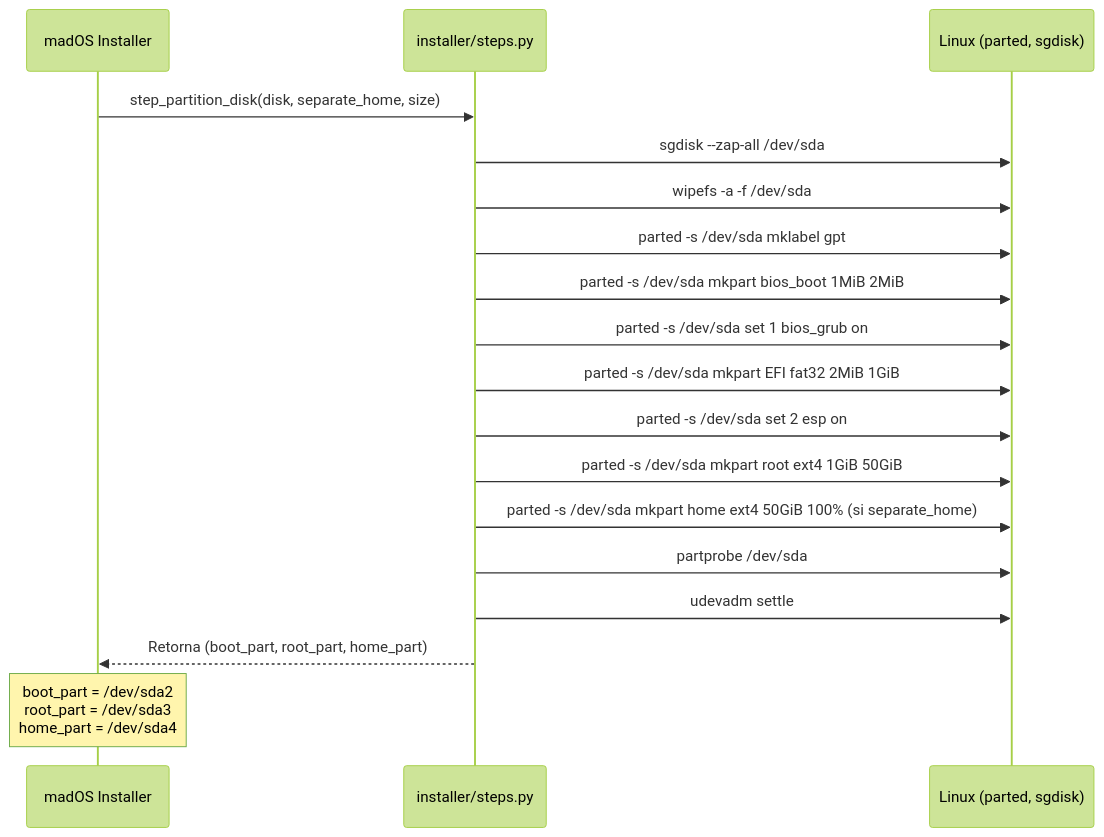
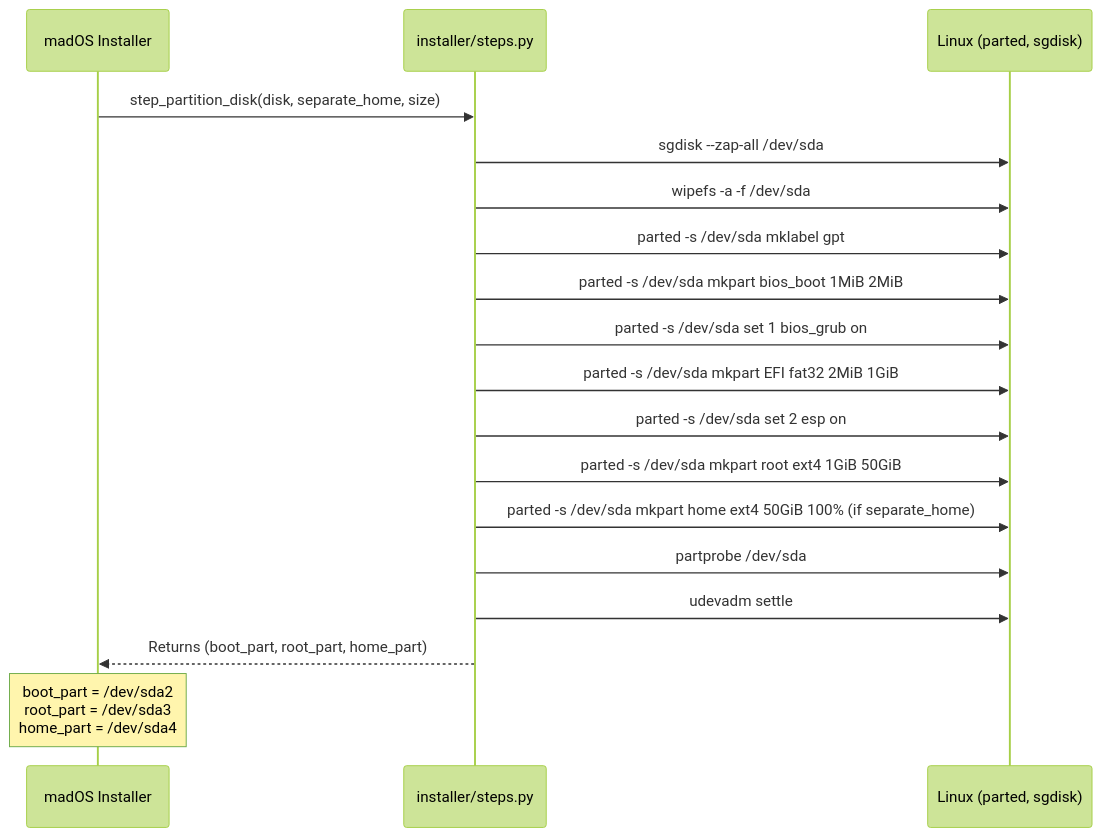
One commit to madoslinux/mados-installer changed the second of 12 diagrams in INSTALLATION_FLOW.md. Above: the diagram before and after it, drawn with Mermaid (forest theme). The commit also changed other lines of this file and 1 other file, not shown here.

````diff
--- a/INSTALLATION_FLOW.md
+++ b/INSTALLATION_FLOW.md
@@ -29,27 +29,27 @@
 ```mermaid
 sequenceDiagram
     participant App as madOS Installer
     participant Steps as installer/steps.py
     participant System as Linux (parted, sgdisk)
 
     App->>Steps: step_partition_disk(disk, separate_home, size)
     
     Steps->>System: sgdisk --zap-all /dev/sda
     Steps->>System: wipefs -a -f /dev/sda
     Steps->>System: parted -s /dev/sda mklabel gpt
     
     Steps->>System: parted -s /dev/sda mkpart bios_boot 1MiB 2MiB
     Steps->>System: parted -s /dev/sda set 1 bios_grub on
     
     Steps->>System: parted -s /dev/sda mkpart EFI fat32 2MiB 1GiB
     Steps->>System: parted -s /dev/sda set 2 esp on
     
     Steps->>System: parted -s /dev/sda mkpart root ext4 1GiB 50GiB
-    Steps->>System: parted -s /dev/sda mkpart home ext4 50GiB 100% (si separate_home)
+    Steps->>System: parted -s /dev/sda mkpart home ext4 50GiB 100% (if separate_home)
     
     Steps->>System: partprobe /dev/sda
     Steps->>System: udevadm settle
     
-    Steps-->>App: Retorna (boot_part, root_part, home_part)
+    Steps-->>App: Returns (boot_part, root_part, home_part)
     Note over App: boot_part = /dev/sda2<br/>root_part = /dev/sda3<br/>home_part = /dev/sda4
 ```
````
